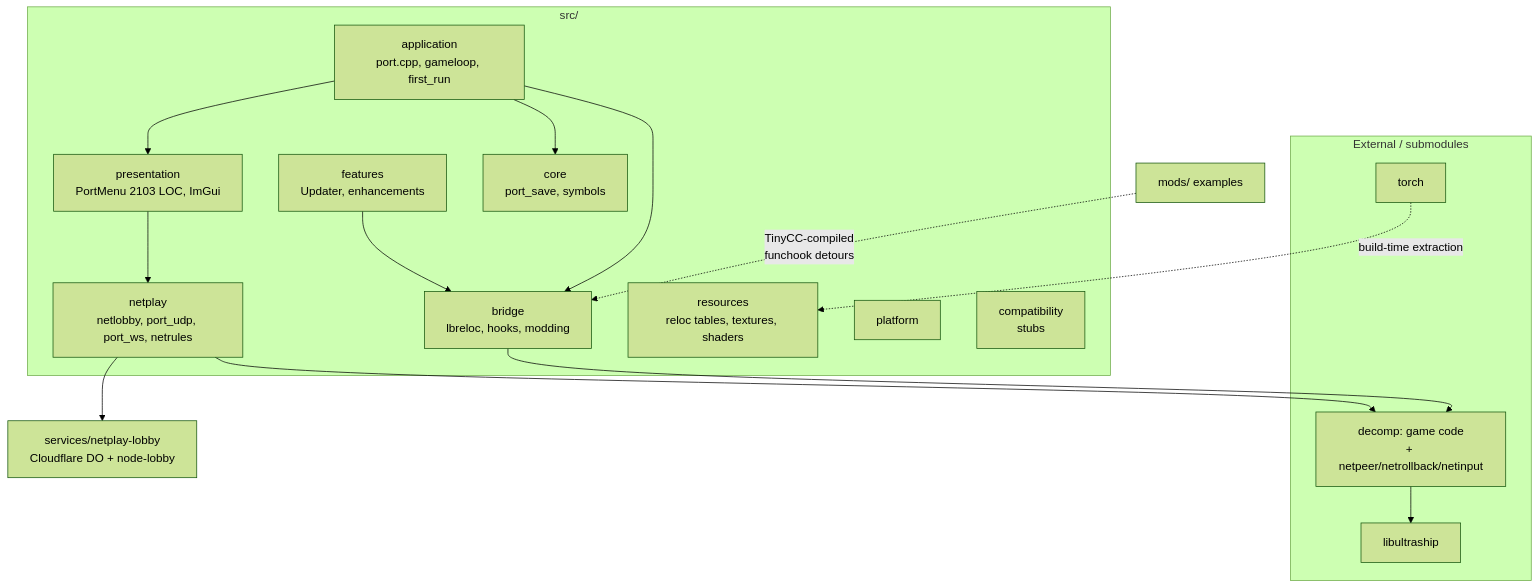
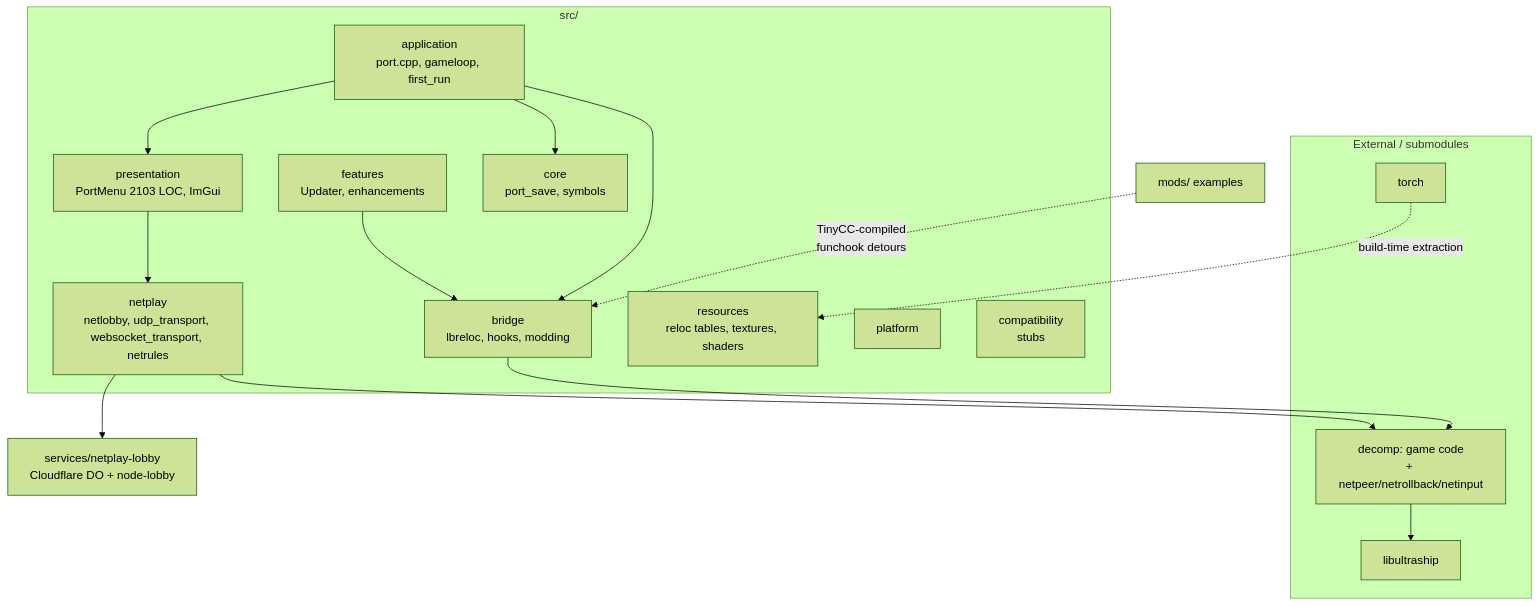
The diagram in docs/investigations/professionalization_audit_2026-10-14.md (alesanfe/frameshift64), drawn with Mermaid (forest theme) before and after one commit. The commit also changed other lines of this file and 102 other files, not shown here.

````diff
--- a/docs/investigations/professionalization_audit_2026-10-14.md
+++ b/docs/investigations/professionalization_audit_2026-10-14.md
@@ -120,30 +120,30 @@
 ```mermaid
 flowchart TB
     subgraph ext[External / submodules]
         LUS[libultraship]
         TORCH[torch]
         DEC[decomp: game code\n+ netpeer/netrollback/netinput]
     end
     subgraph port[src/]
         APP[application\nport.cpp, gameloop, first_run]
         BRG[bridge\nlbreloc, hooks, modding]
-        NET[netplay\nnetlobby, port_udp, port_ws, netrules]
+        NET[netplay\nnetlobby, udp_transport, websocket_transport, netrules]
         CORE[core\nport_save, symbols]
         FEAT[features\nUpdater, enhancements]
         PRES[presentation\nPortMenu 2103 LOC, ImGui]
         RES[resources\nreloc tables, textures, shaders]
         PLAT[platform]
         COMP[compatibility\nstubs]
     end
     SVC[services/netplay-lobby\nCloudflare DO + node-lobby]
     MODS[mods/ examples]
 
     APP --> BRG & CORE & PRES
     PRES --> NET
     NET --> DEC & SVC
     DEC --> LUS
     BRG --> DEC
     FEAT --> BRG
     MODS -.->|TinyCC-compiled\nfunchook detours| BRG
     TORCH -.->|build-time extraction| RES
 ```
````
